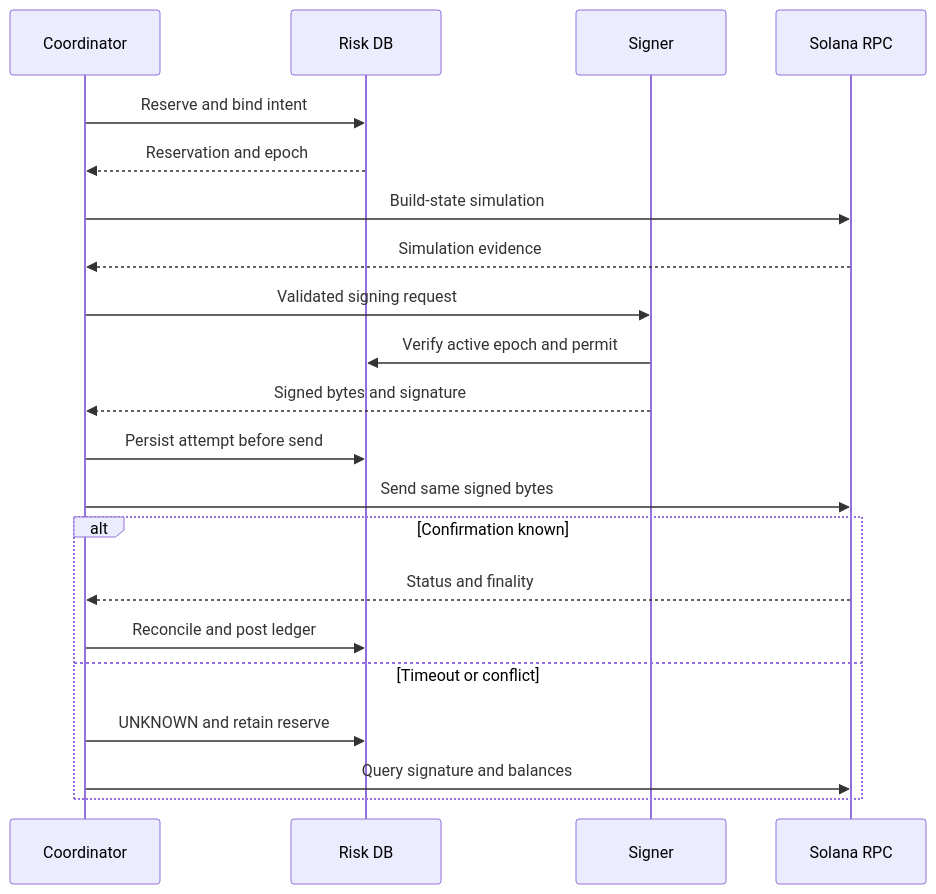
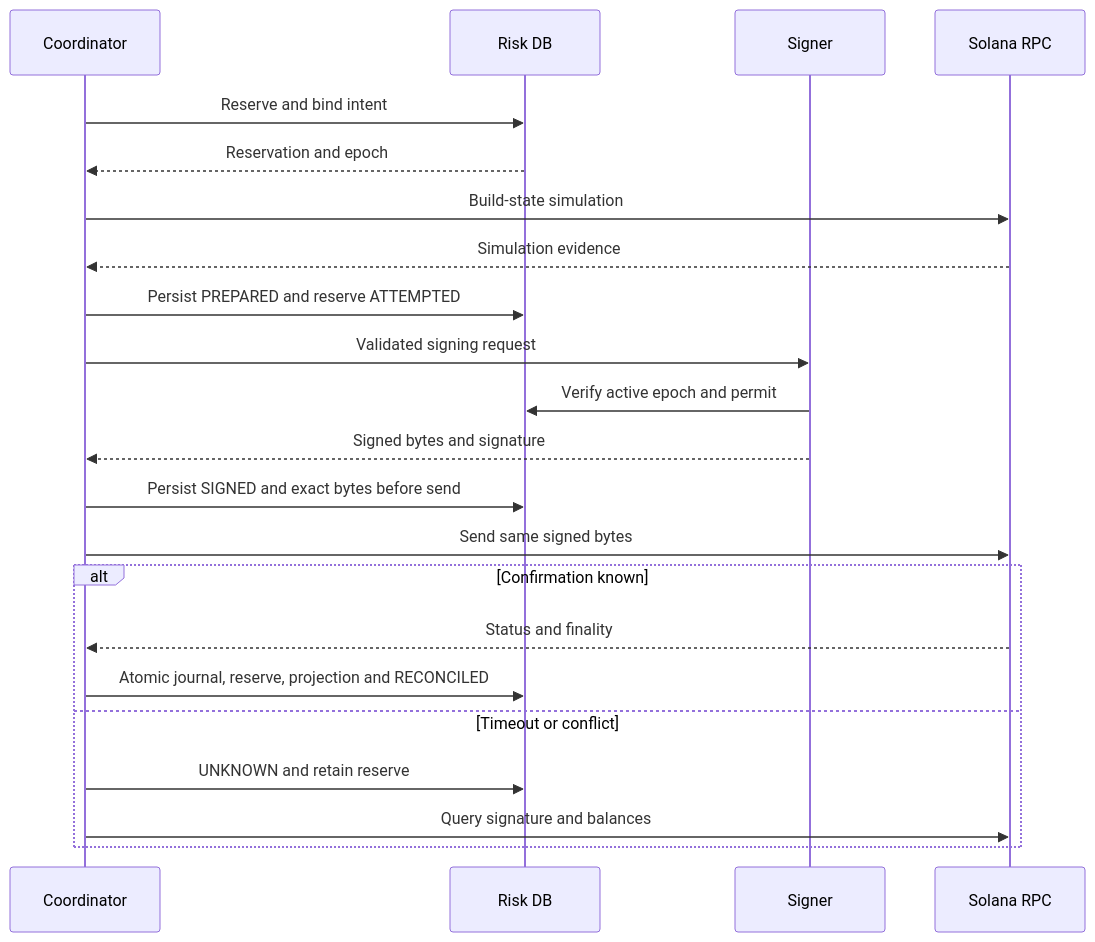
Before and after one commit to SaintWyss/td: the diagram in docs/diagrams/09-execution-pipeline.mmd, drawn with Mermaid. The commit also changed 310 other files, not shown here.

```diff
--- a/docs/diagrams/09-execution-pipeline.mmd
+++ b/docs/diagrams/09-execution-pipeline.mmd
@@ -1,21 +1,22 @@
 sequenceDiagram
   participant C as Coordinator
   participant R as Risk DB
   participant S as Signer
   participant N as Solana RPC
   C->>R: Reserve and bind intent
   R-->>C: Reservation and epoch
   C->>N: Build-state simulation
   N-->>C: Simulation evidence
+  C->>R: Persist PREPARED and reserve ATTEMPTED
   C->>S: Validated signing request
   S->>R: Verify active epoch and permit
   S-->>C: Signed bytes and signature
-  C->>R: Persist attempt before send
+  C->>R: Persist SIGNED and exact bytes before send
   C->>N: Send same signed bytes
   alt Confirmation known
     N-->>C: Status and finality
-    C->>R: Reconcile and post ledger
+    C->>R: Atomic journal, reserve, projection and RECONCILED
   else Timeout or conflict
     C->>R: UNKNOWN and retain reserve
     C->>N: Query signature and balances
   end
```
